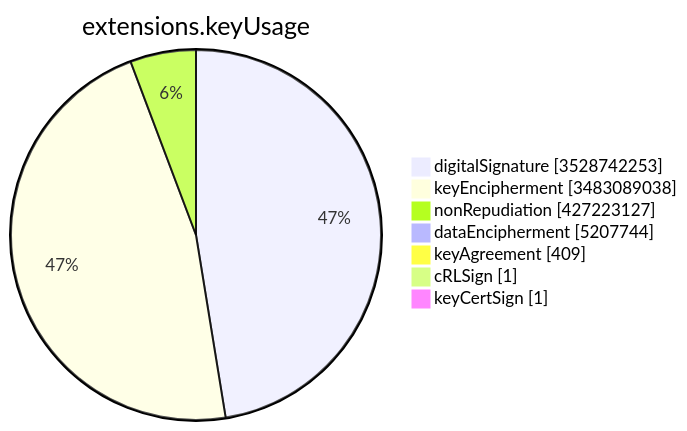
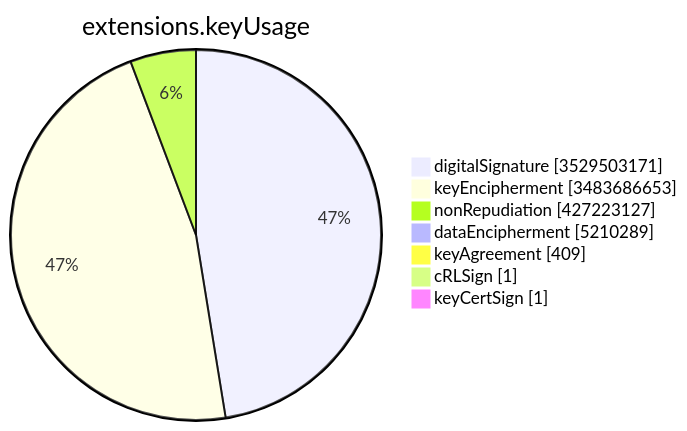
One commit to christiankrug/ctmonitor_visualization changed the sixth of 15 diagrams in TOTAL/README.md. Above: the diagram before and after it, drawn with Mermaid. The commit also changed other lines of this file, not shown here.

````diff
--- a/TOTAL/README.md
+++ b/TOTAL/README.md
@@ -3083,11 +3083,11 @@
 ```mermaid
 pie showData
 title extensions.keyUsage
-"digitalSignature" :3528742253
-"keyEncipherment" :3483089038
+"digitalSignature" :3529503171
+"keyEncipherment" :3483686653
 "nonRepudiation" :427223127
-"dataEncipherment" :5207744
+"dataEncipherment" :5210289
 "keyAgreement" :409
 "cRLSign" :1
 "keyCertSign" :1
 ```
````
